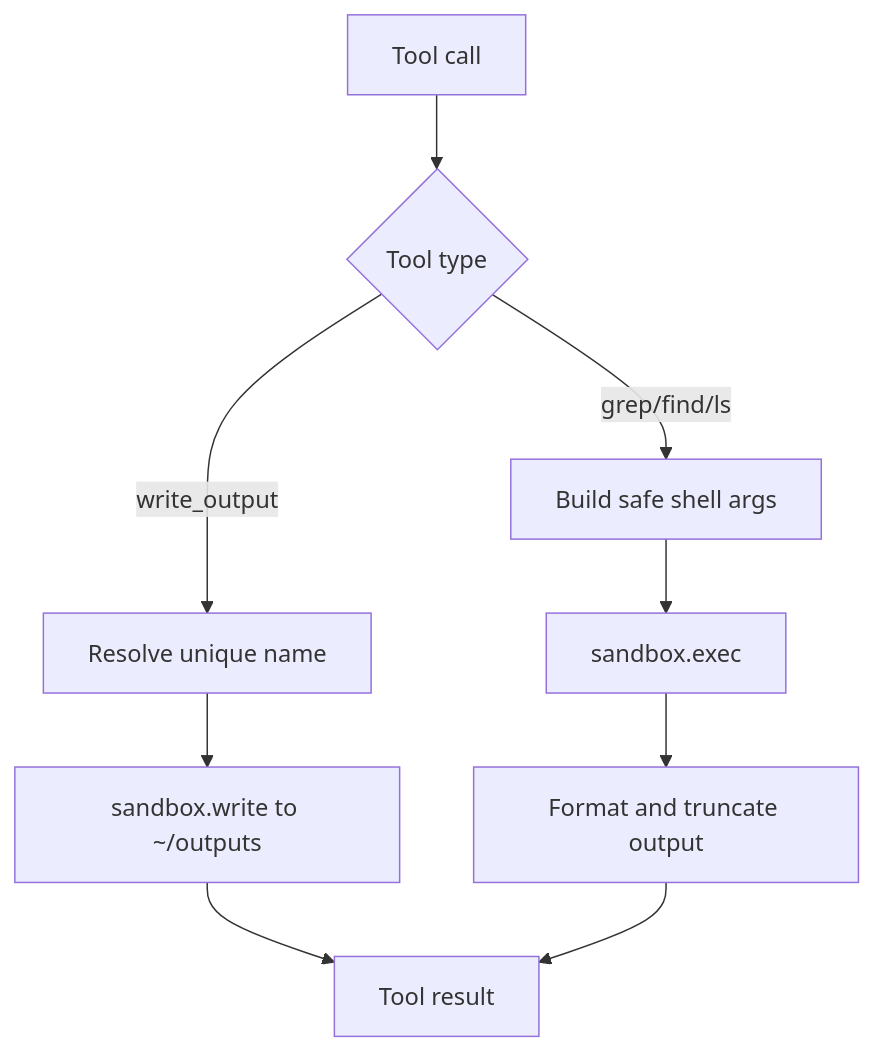
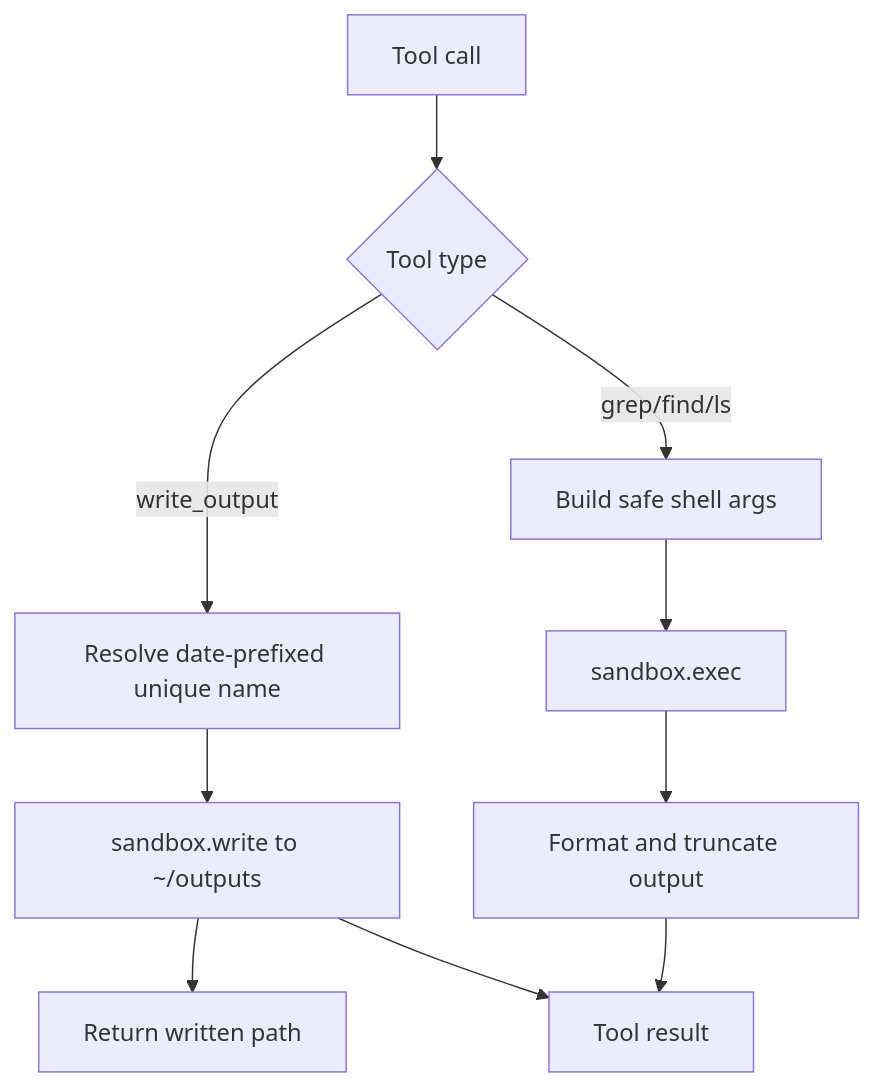
One commit to ex3ndr/daycare changed the diagram in doc/internals/shell-filesystem-tools.md. Above: the diagram before and after it, drawn with Mermaid. The commit also changed other lines of this file and 10 other files, not shown here.

First line of the commit message:
feat(shell): add date prefix to write_output filenames and clarify returned path

````diff
--- a/doc/internals/shell-filesystem-tools.md
+++ b/doc/internals/shell-filesystem-tools.md
@@ -13,11 +13,12 @@
 ```mermaid
 flowchart TD
     A[Tool call] --> B{Tool type}
-    B -->|write_output| C[Resolve unique name]
+    B -->|write_output| C[Resolve date-prefixed unique name]
     C --> D[sandbox.write to ~/outputs]
+    D --> I[Return written path]
     B -->|grep/find/ls| E[Build safe shell args]
     E --> F[sandbox.exec]
     F --> G[Format and truncate output]
     D --> H[Tool result]
     G --> H
 ```
````
